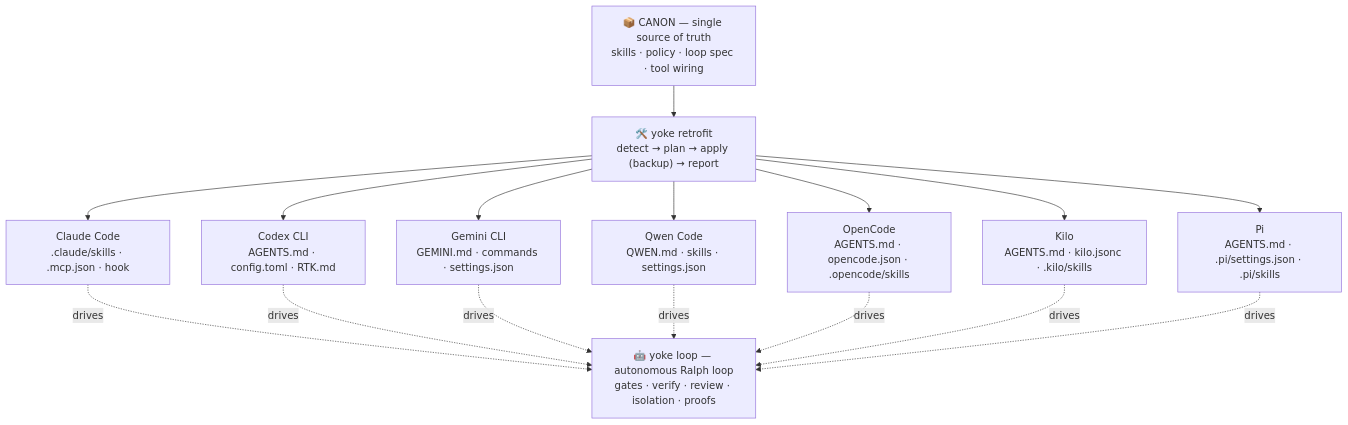
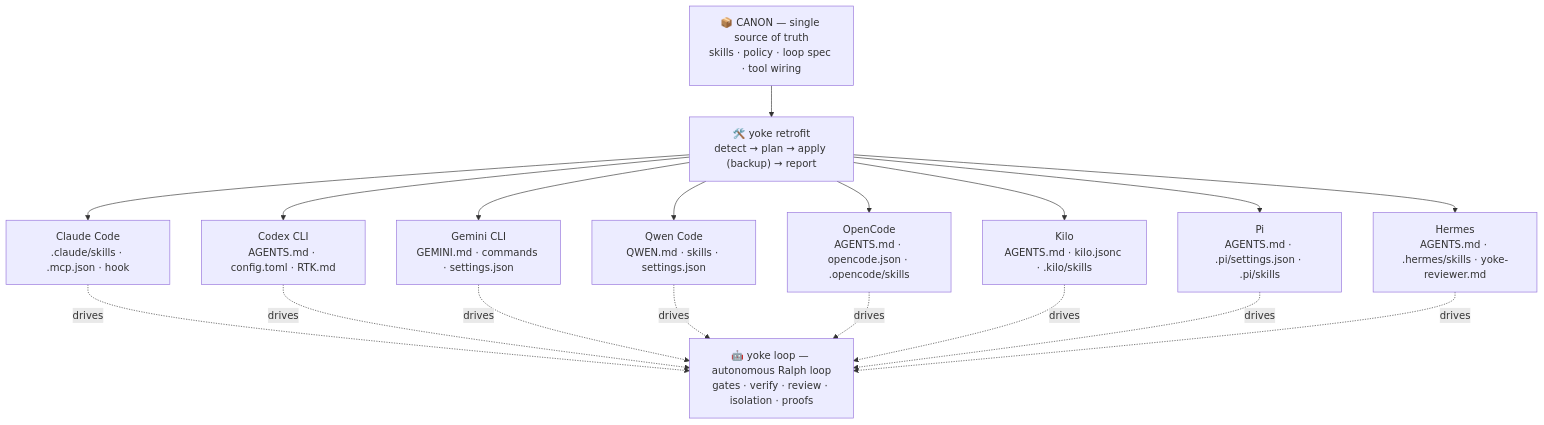
One commit to HECer/yoke changed the first of 2 diagrams in README.md. Above: the diagram before and after it, drawn with Mermaid. The commit also changed other lines of this file and 32 other files, not shown here.

````diff
--- a/README.md
+++ b/README.md
@@ -253,21 +253,23 @@
 ```mermaid
 flowchart TD
     Canon["📦 CANON — single source of truth<br/>skills · policy · loop spec · tool wiring"]
     Skill["🛠️ yoke retrofit<br/>detect → plan → apply (backup) → report"]
     Canon --> Skill
     Skill --> Claude["Claude Code<br/>.claude/skills · .mcp.json · hook"]
     Skill --> Codex["Codex CLI<br/>AGENTS.md · config.toml · RTK.md"]
     Skill --> Gemini["Gemini CLI<br/>GEMINI.md · commands · settings.json"]
     Skill --> Qwen["Qwen Code<br/>QWEN.md · skills · settings.json"]
     Skill --> OpenCode["OpenCode<br/>AGENTS.md · opencode.json · .opencode/skills"]
     Skill --> Kilo["Kilo<br/>AGENTS.md · kilo.jsonc · .kilo/skills"]
     Skill --> Pi["Pi<br/>AGENTS.md · .pi/settings.json · .pi/skills"]
+    Skill --> Hermes["Hermes<br/>AGENTS.md · .hermes/skills · yoke-reviewer.md"]
     Loop["🤖 yoke loop — autonomous Ralph loop<br/>gates · verify · review · isolation · proofs"]
     Claude -. drives .-> Loop
     Codex -. drives .-> Loop
     Gemini -. drives .-> Loop
     Qwen -. drives .-> Loop
     OpenCode -. drives .-> Loop
     Kilo -. drives .-> Loop
     Pi -. drives .-> Loop
+    Hermes -. drives .-> Loop
 ```
````
